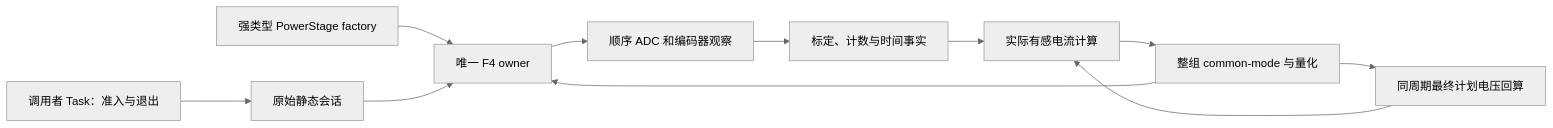
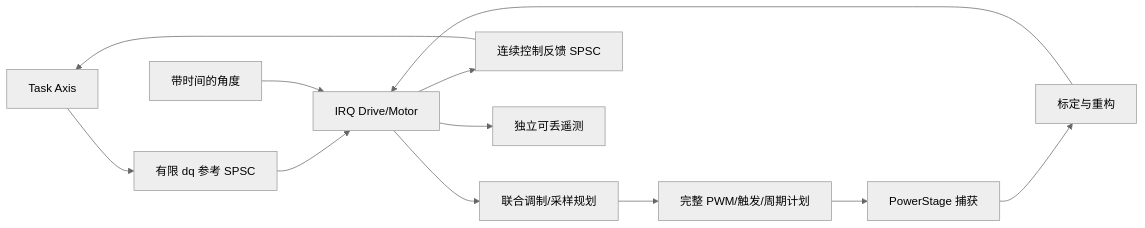
Before and after one commit to X-Gen-Lab/nexus-examples: the diagram in recipes/control/motor_drive/README.md, drawn with Mermaid (neutral theme). The commit also changed other lines of this file and 66 other files, not shown here.

````diff
--- a/recipes/control/motor_drive/README.md
+++ b/recipes/control/motor_drive/README.md
@@ -11,13 +11,14 @@
 ```mermaid
 flowchart LR
-    Task[调用者 Task：准入与退出] --> Session[原始静态会话]
-    Factory[强类型 PowerStage factory] --> Owner[唯一 F4 owner]
-    Session --> Owner
-    Owner --> Raw[顺序 ADC 和编码器观察]
-    Raw --> Bridge[标定、计数与时间事实]
-    Bridge --> Motor[实际有感电流计算]
-    Motor --> Encode[整组 common-mode 与量化]
-    Encode --> Owner
-    Encode --> Track[同周期最终计划电压回算]
-    Track --> Motor
+    A[Task Axis] --> R[有限 dq 参考 SPSC]
+    R --> D[IRQ Drive/Motor]
+    O[PowerStage 捕获] --> C[标定与重构]
+    C --> D
+    E[带时间的角度] --> D
+    D --> M[联合调制/采样规划]
+    M --> P[完整 PWM/触发/周期计划]
+    P --> O
+    D --> F[连续控制反馈 SPSC]
+    F --> A
+    D --> T[独立可丢遥测]
 ```
````
